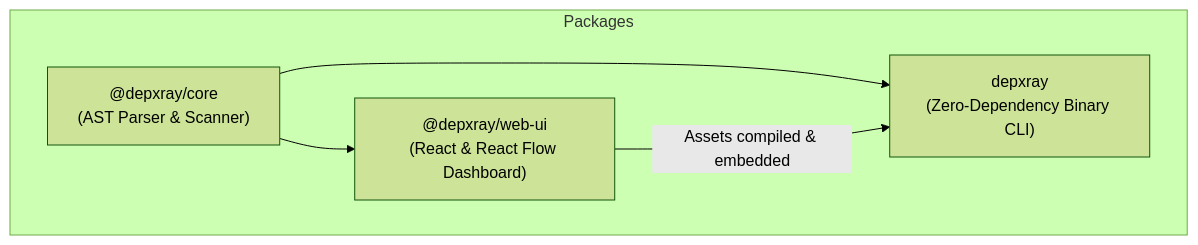
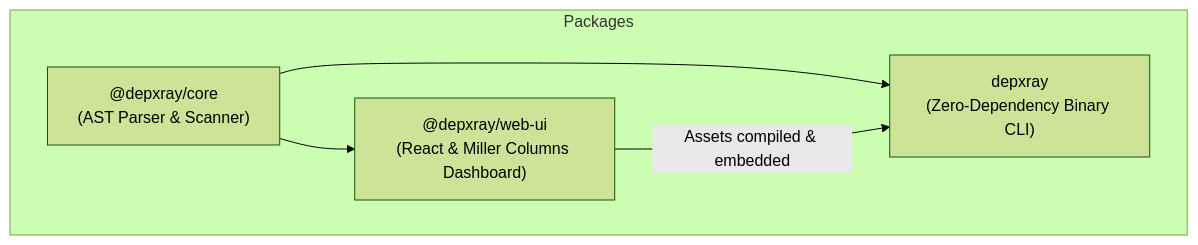
One commit to Pannawish/depxray changed the diagram in README.md. Above: the diagram before and after it, drawn with Mermaid (forest theme). The commit also changed other lines of this file, not shown here.

Commit message:
update readme: correct layout description to miller columns

````diff
--- a/README.md
+++ b/README.md
@@ -308,12 +308,12 @@
 ```mermaid
 graph TD
     subgraph Packages
         Core["@depxray/core<br>(AST Parser & Scanner)"]
-        WebUI["@depxray/web-ui<br>(React & React Flow Dashboard)"]
+        WebUI["@depxray/web-ui<br>(React & Miller Columns Dashboard)"]
         CLI["depxray<br>(Zero-Dependency Binary CLI)"]
     end
 
     Core --> WebUI
     Core --> CLI
     WebUI -->|Assets compiled & embedded| CLI
 ```
````
